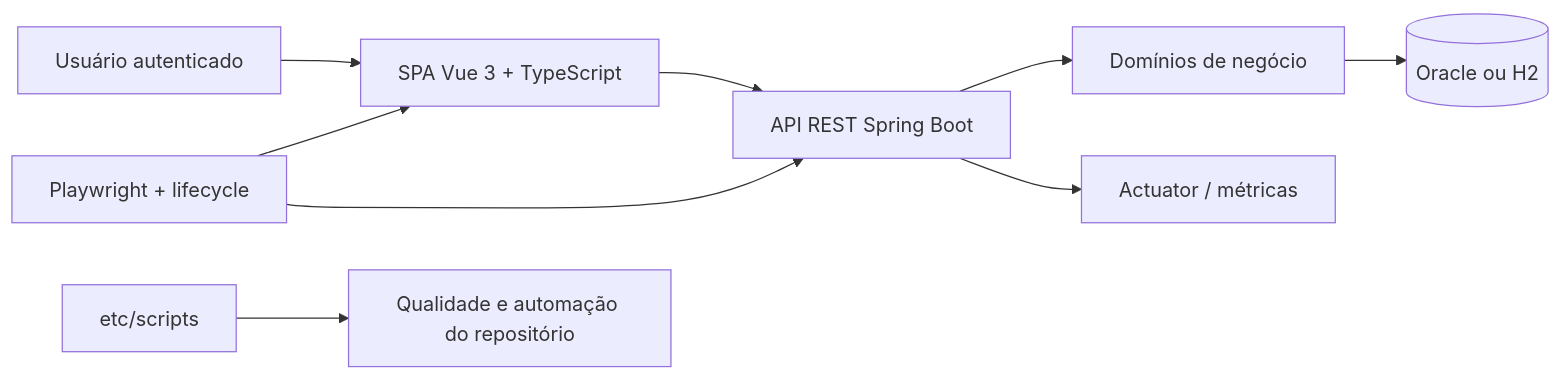
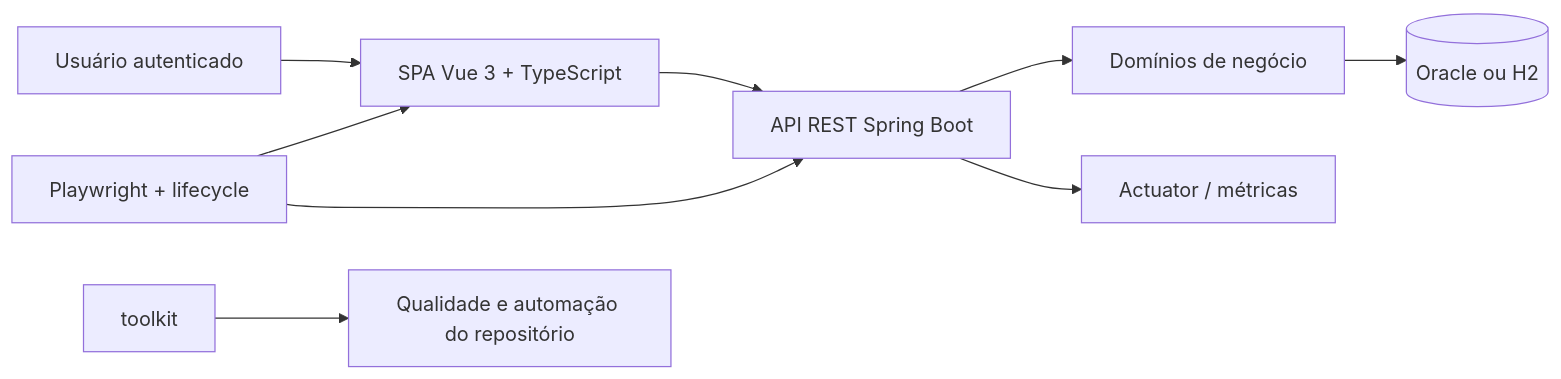
Before and after one commit to lgalvao/sgc: the first of 2 diagrams in README.md, drawn with Mermaid. The commit also changed other lines of this file and 178 other files, not shown here.

````diff
--- a/README.md
+++ b/README.md
@@ -15,11 +15,11 @@
 ```mermaid
 graph LR
     Usuario[Usuário autenticado] --> Frontend[SPA Vue 3 + TypeScript]
     Frontend --> API[API REST Spring Boot]
     API --> Dominios[Domínios de negócio]
     Dominios --> Banco[(Oracle ou H2)]
     API --> Actuator[Actuator / métricas]
     E2E[Playwright + lifecycle] --> Frontend
     E2E --> API
-    Scripts[etc/scripts] --> Repo[Qualidade e automação do repositório]
+    Scripts[toolkit] --> Repo[Qualidade e automação do repositório]
 ```
````
